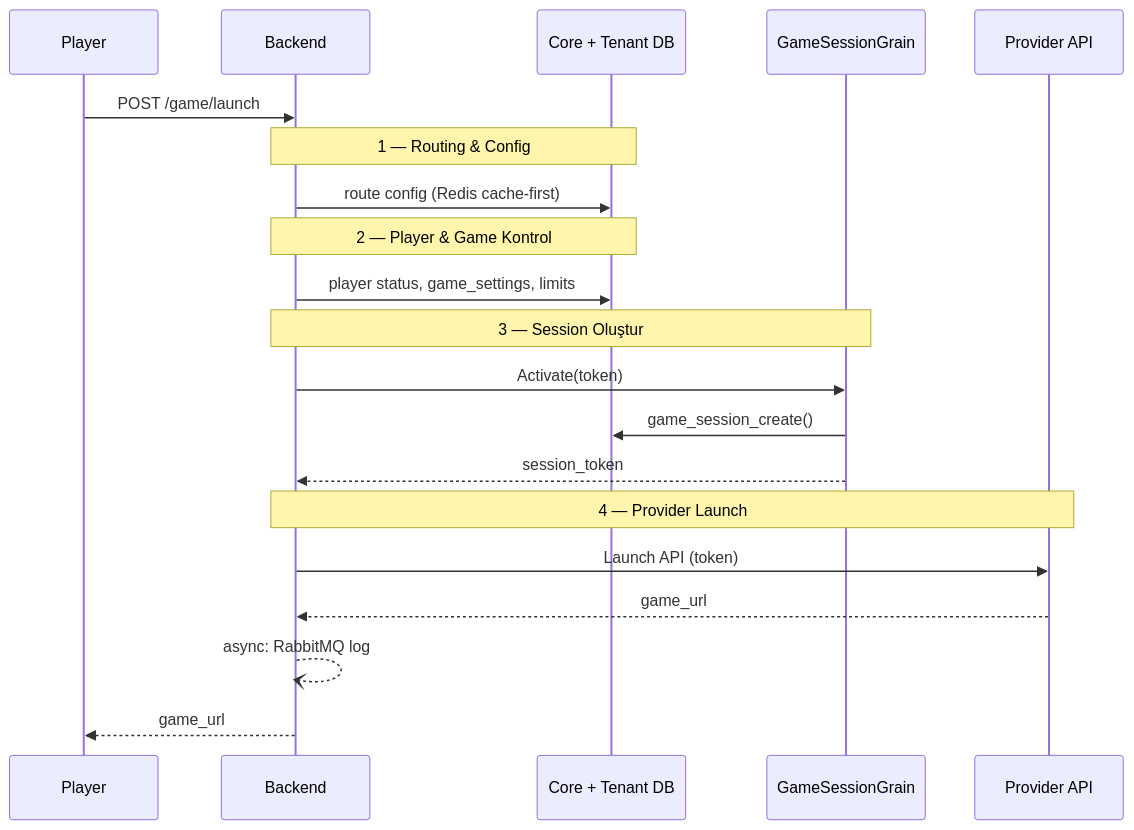
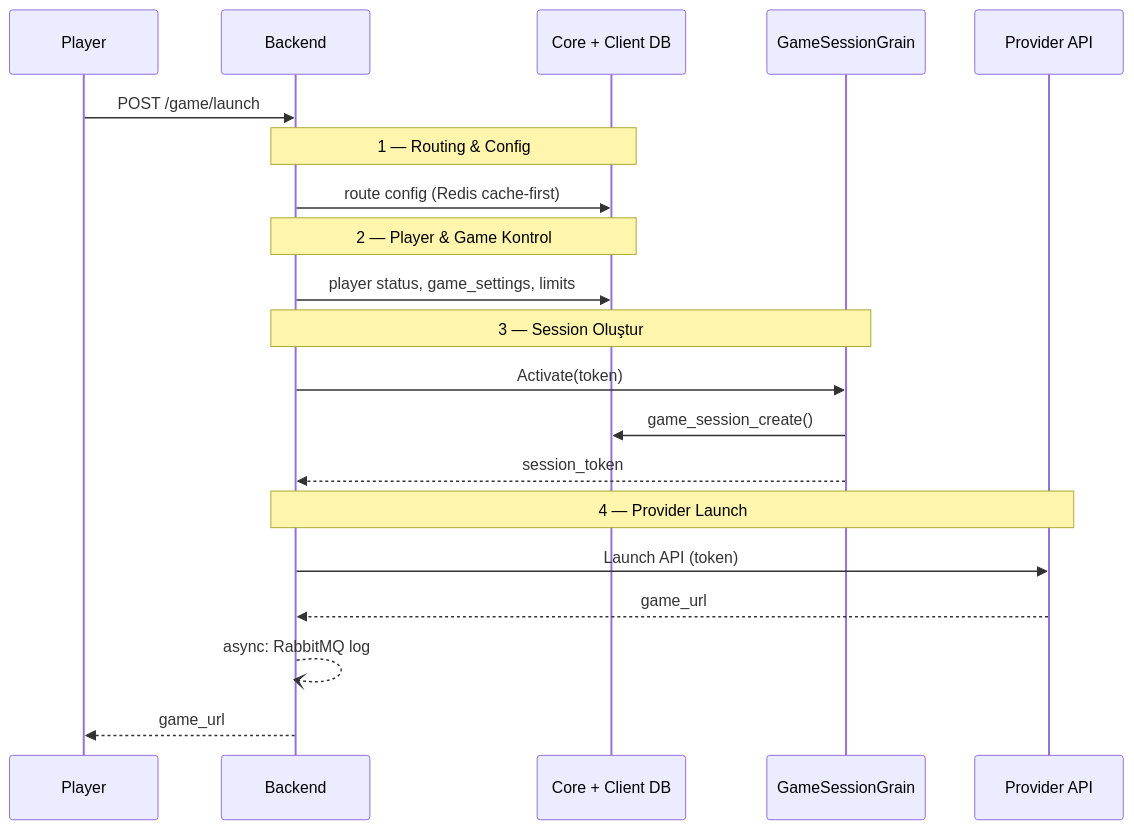
One commit to frhtshn/One.DB changed the fourth of 8 diagrams in .docs/guides/GAME_GATEWAY_GUIDE.md. Above: the diagram before and after it, drawn with Mermaid. The commit also changed other lines of this file and 442 other files, not shown here.

First line of the commit message:
Nucleo → Sortis One ve tenant → client içerik güncellemeleri

````diff
--- a/.docs/guides/GAME_GATEWAY_GUIDE.md
+++ b/.docs/guides/GAME_GATEWAY_GUIDE.md
@@ -218,27 +218,27 @@
 ```mermaid
 sequenceDiagram
     participant PL as Player
     participant BE as Backend
-    participant DB as Core + Tenant DB
+    participant DB as Core + Client DB
     participant GS as GameSessionGrain
     participant PR as Provider API
 
     PL->>BE: POST /game/launch
 
     Note over BE,DB: 1 — Routing & Config
     BE->>DB: route config (Redis cache-first)
     Note over BE,DB: 2 — Player & Game Kontrol
     BE->>DB: player status, game_settings, limits
 
     Note over BE,GS: 3 — Session Oluştur
     BE->>GS: Activate(token)
     GS->>DB: game_session_create()
     GS-->>BE: session_token
 
     Note over BE,PR: 4 — Provider Launch
     BE->>PR: Launch API (token)
     PR-->>BE: game_url
 
     BE--)BE: async: RabbitMQ log
     BE-->>PL: game_url
 ```
````
